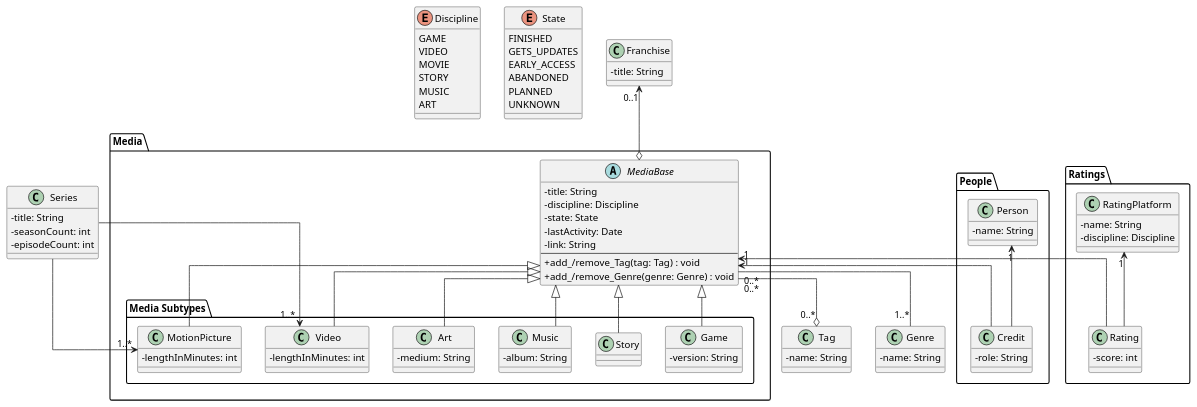
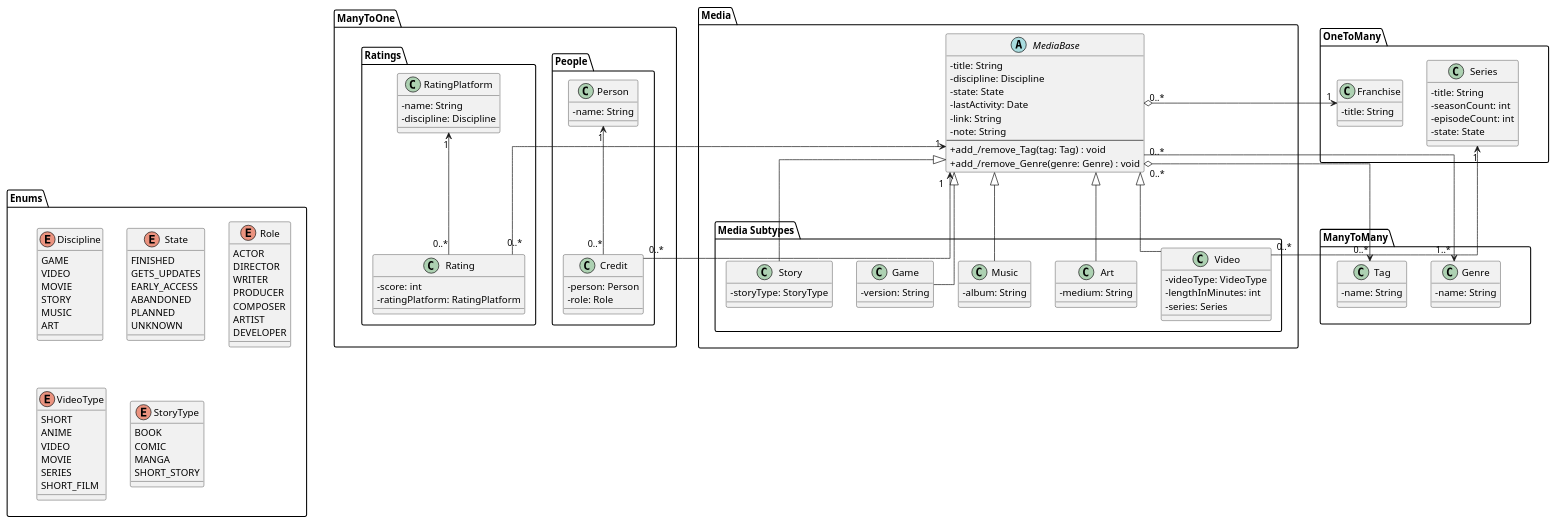
Before and after one commit to Malorbian/DataBase: the diagram in EntitiesUML.puml, drawn with PlantUML.

Commit message:
updated uml

```diff
--- a/EntitiesUML.puml
+++ b/EntitiesUML.puml
@@ -1,134 +1,178 @@
 @startuml
 ' https://plantuml.com/class-diagram
 top to bottom direction
 skinparam classAttributeIconSize 0
 skinparam linetype ortho
 
-enum Discipline {
-  GAME
-  VIDEO
-  MOVIE
-  STORY
-  MUSIC
-  ART
+package "Enums" {
+    enum Discipline {
+      GAME
+      VIDEO
+      MOVIE
+      STORY
+      MUSIC
+      ART
+    }
+
+    enum State {
+      FINISHED
+      GETS_UPDATES
+      EARLY_ACCESS
+      ABANDONED
+      PLANNED
+      UNKNOWN
+    }
+
+    enum Role {
+        ACTOR
+        DIRECTOR
+        WRITER
+        PRODUCER
+        COMPOSER
+        ARTIST
+        DEVELOPER
+    }
+
+    enum VideoType {
+        SHORT
+        ANIME
+        VIDEO
+        MOVIE
+        SERIES
+        SHORT_FILM
+    }
+
+    enum StoryType {
+        BOOK
+        COMIC
+        MANGA
+        SHORT_STORY
+    }
 }
-
-enum State {
-  FINISHED
-  GETS_UPDATES
-  EARLY_ACCESS
-  ABANDONED
-  PLANNED
-  UNKNOWN
-}
-
 
 package "Media" {
     abstract class MediaBase {
-      -title: String
-      -discipline: Discipline
-      -state: State
-      -lastActivity: Date
-      -link: String
-      ---
-      +add_/remove_Tag(tag: Tag) : void
-      +add_/remove_Genre(genre: Genre) : void
+        -title: String
+        -discipline: Discipline
+        -state: State
+        -lastActivity: Date
+        -link: String
+        -note: String
+        ---
+        +add_/remove_Tag(tag: Tag) : void
+        +add_/remove_Genre(genre: Genre) : void
     }
 
     package "Media Subtypes" {
         class Game {
-          -version: String
+            -version: String
         }
 
-        class MotionPicture {
-          -lengthInMinutes: int
+        class Story {
+            -storyType: StoryType
         }
 
-        class Story
         class Video {
-          -lengthInMinutes: int
+            -videoType: VideoType
+            -lengthInMinutes: int
+            -series: Series
         }
+
         class Music {
-          -album: String
+            -album: String
         }
+
         class Art {
-          -medium: String
+            -medium: String
         }
     }
 }
 
-package "People" {
-    class Person {
-      -name: String
+package "ManyToMany" {
+    class Genre {
+        -name: String
     }
 
-    class Credit {
-      -role: String
+    class Tag {
+        -name: String
     }
 }
 
-package "Ratings" {
-    class Rating {
-      -score: int
+package "ManyToOne" {
+    package "People" {
+        class Person {
+            -name: String
+        }
+
+        class Credit {
+            -person: Person
+            -role: Role
+        }
     }
 
-    class RatingPlatform {
-      -name: String
-      -discipline: Discipline
+    package "Ratings" {
+        class Rating {
+            -score: int
+            -ratingPlatform: RatingPlatform
+        }
+
+        class RatingPlatform {
+            -name: String
+            -discipline: Discipline
+        }
     }
 }
 
-class Genre {
-  -name: String
+package "OneToMany" {
+    class Series {
+        -title: String
+        -seasonCount: int
+        -episodeCount: int
+        -state: State
+    }
+
+    class Franchise {
+        -title: String
+    }
 }
 
-class Tag {
-  -name: String
-}
 
-class Series {
-  -title: String
-  -seasonCount: int
-  -episodeCount: int
-}
-
-class Franchise {
-  -title: String
-}
 
 ' -------------------------
 ' Inheritance
 ' -------------------------
 MediaBase <|-- Game
-MediaBase <|-- MotionPicture
 MediaBase <|-- Story
 MediaBase <|-- Video
 MediaBase <|-- Music
 MediaBase <|-- Art
 
 ' -------------------------
 ' Credits (association class style)
 ' -------------------------
-MediaBase "1" <-- Credit
-Person   "1" <-- Credit
+MediaBase "1" <-- "0..*" Credit
+Person   "1" <-- "0..*" Credit
 
 ' -------------------------
 ' Classification
 ' -------------------------
-MediaBase "0..*" -- "1..*" Genre
-MediaBase "0..*" --o "0..*" Tag
+MediaBase "0..*" --> "1..*" Genre
+MediaBase "0..*" o--> "0..*" Tag
 
 ' -------------------------
 ' Ratings
 ' -------------------------
-MediaBase "1" <-- Rating
-RatingPlatform "1" <-- Rating
+MediaBase "1" <-- "0..*" Rating
+RatingPlatform "1" <-- "0..*" Rating
 
 ' -------------------------
 ' Grouping
 ' -------------------------
-Franchise "0..1" <--o MediaBase
-Series --> "1..*" Video
-Series --> "1..*" MotionPicture
+Franchise "1" <--o "0..*" MediaBase
+Series "1" <-- "0..*" Video
+
+' invisible relationships for easier navigation
+"ManyToMany" -[hidden]- "OneToMany"
+"ManyToOne" -[hidden]- "Enums"
 
 @enduml
```
